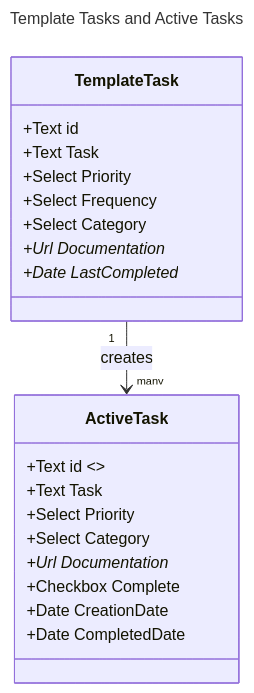
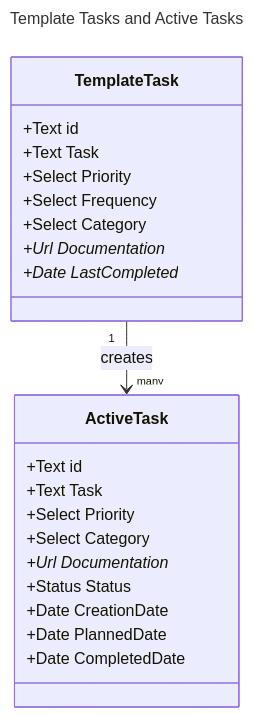
Before and after one commit to NickBorgers/TaskManager: the diagram in schemas.md, drawn with Mermaid. The commit also changed 5 other files, not shown here.

````diff
--- a/schemas.md
+++ b/schemas.md
@@ -3,29 +3,30 @@
 ```mermaid
 ---
 title: Template Tasks and Active Tasks
 ---
 classDiagram
     class TemplateTask {
         +Text id
         +Text Task 
         +Select Priority
         +Select Frequency
         +Select Category
         +Url Documentation*
         +Date LastCompleted*
     }
 
     class ActiveTask {
-        +Text id <<ref: TemplateTask.id>>
+        +Text id
         +Text Task 
         +Select Priority
         +Select Category
         +Url Documentation*
-        +Checkbox Complete
+        +Status Status
         +Date CreationDate
+        +Date PlannedDate
         +Date CompletedDate
     }
 
     TemplateTask "1" --> "many" ActiveTask : creates
 
 ```
````
